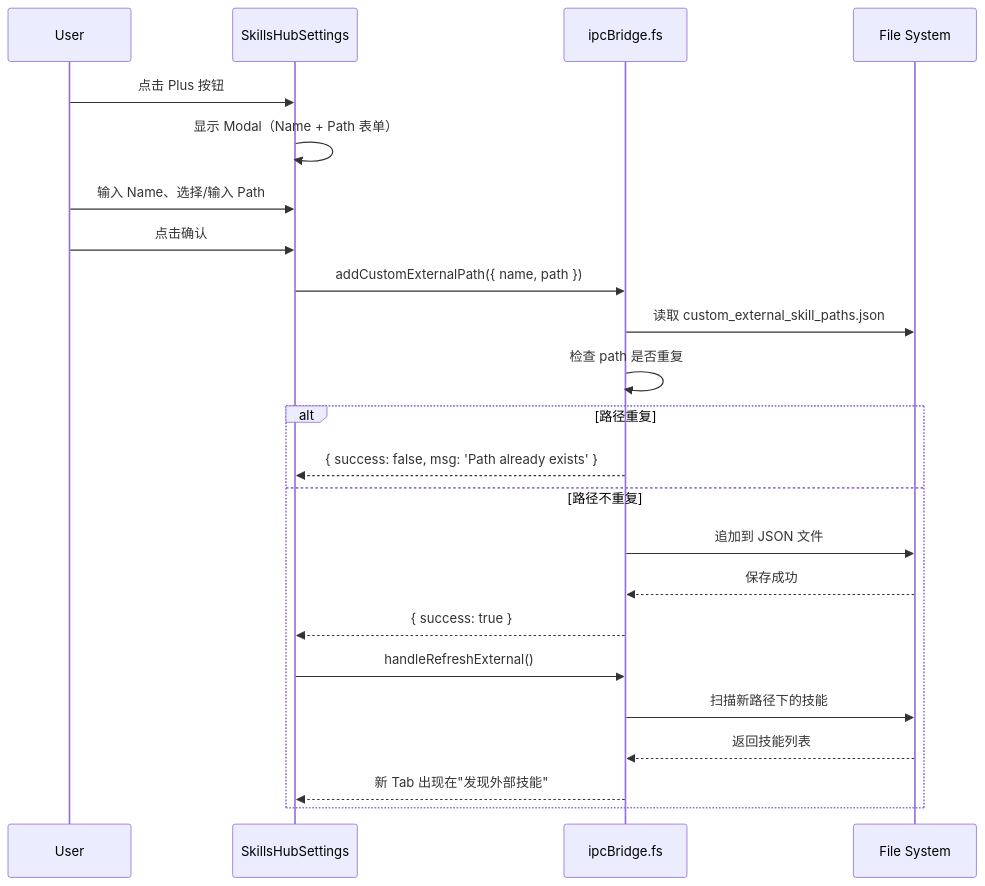
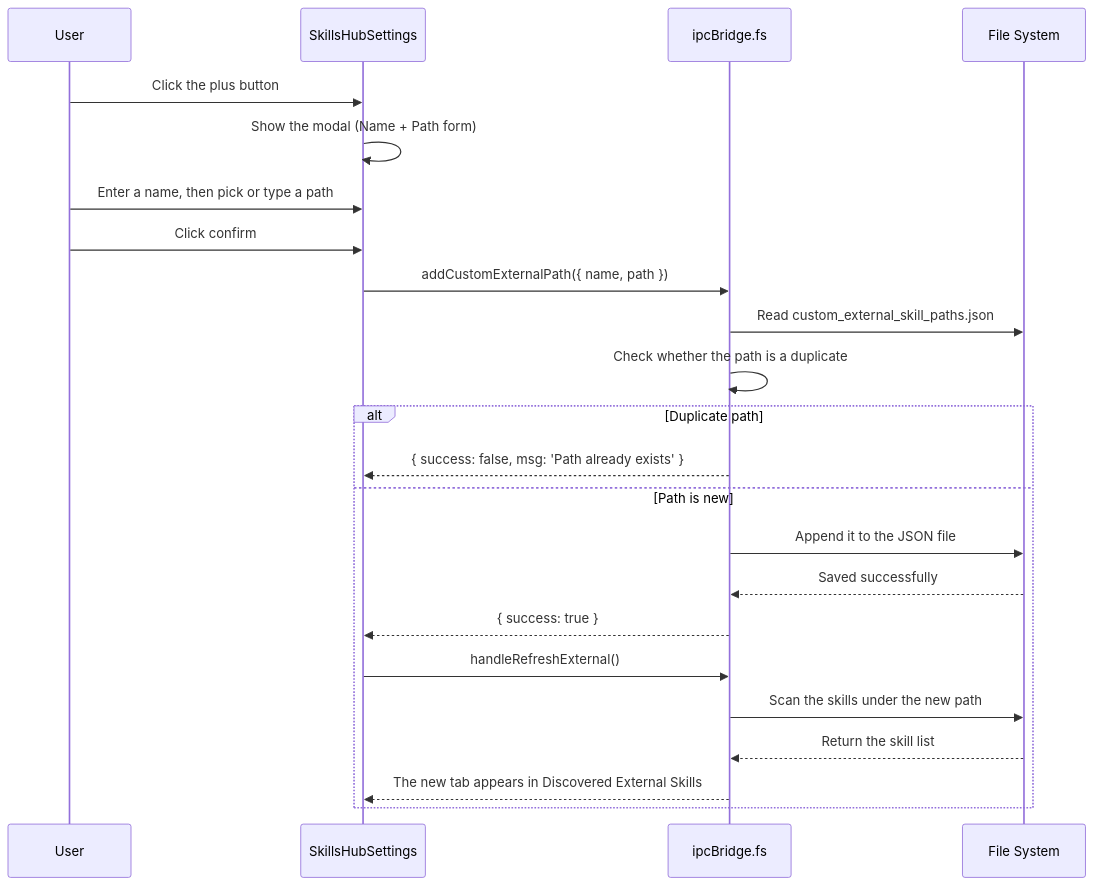
One commit to buckleson/Pavii-GUI changed the third of 3 diagrams in tests/e2e/docs/skills-hub/requirements.md. Above: the diagram before and after it, drawn with Mermaid. The commit also changed other lines of this file and 107 other files, not shown here.

````diff
--- a/tests/e2e/docs/skills-hub/requirements.md
+++ b/tests/e2e/docs/skills-hub/requirements.md
@@ -822,26 +822,26 @@
 ```mermaid
 sequenceDiagram
     participant User
     participant UI as SkillsHubSettings
     participant Bridge as ipcBridge.fs
     participant FS as File System
 
-    User->>UI: 点击 Plus 按钮
-    UI->>UI: 显示 Modal（Name + Path 表单）
-    User->>UI: 输入 Name、选择/输入 Path
-    User->>UI: 点击确认
+    User->>UI: Click the plus button
+    UI->>UI: Show the modal (Name + Path form)
+    User->>UI: Enter a name, then pick or type a path
+    User->>UI: Click confirm
     UI->>Bridge: addCustomExternalPath({ name, path })
-    Bridge->>FS: 读取 custom_external_skill_paths.json
-    Bridge->>Bridge: 检查 path 是否重复
-    alt 路径重复
+    Bridge->>FS: Read custom_external_skill_paths.json
+    Bridge->>Bridge: Check whether the path is a duplicate
+    alt Duplicate path
         Bridge-->>UI: { success: false, msg: 'Path already exists' }
-    else 路径不重复
-        Bridge->>FS: 追加到 JSON 文件
-        FS-->>Bridge: 保存成功
+    else Path is new
+        Bridge->>FS: Append it to the JSON file
+        FS-->>Bridge: Saved successfully
         Bridge-->>UI: { success: true }
         UI->>Bridge: handleRefreshExternal()
-        Bridge->>FS: 扫描新路径下的技能
-        FS-->>Bridge: 返回技能列表
-        Bridge-->>UI: 新 Tab 出现在"发现外部技能"
+        Bridge->>FS: Scan the skills under the new path
+        FS-->>Bridge: Return the skill list
+        Bridge-->>UI: The new tab appears in Discovered External Skills
     end
 ```
````
